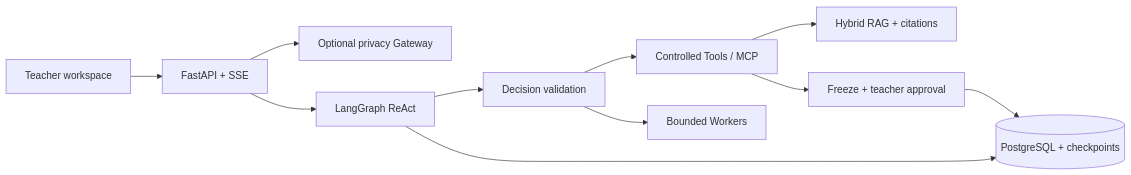
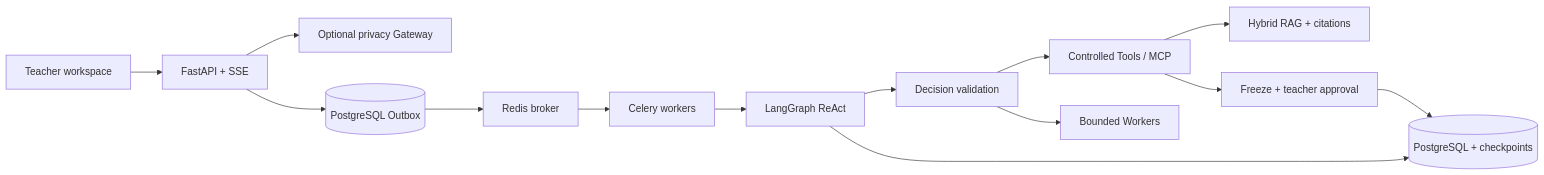
The diagram in README.md (MengC-OvO/easy-teaching), drawn with Mermaid before and after one commit. The commit also changed other lines of this file and 93 other files, not shown here.

````diff
--- a/README.md
+++ b/README.md
@@ -21,13 +21,16 @@
 ```mermaid
 flowchart LR
     Browser[Teacher workspace] --> API[FastAPI + SSE]
     API --> Gateway[Optional privacy Gateway]
-    API --> Graph[LangGraph ReAct]
+    API --> Outbox[(PostgreSQL Outbox)]
+    Outbox --> Redis[Redis broker]
+    Redis --> Worker[Celery workers]
+    Worker --> Graph[LangGraph ReAct]
     Graph --> Validate[Decision validation]
     Validate --> Tools[Controlled Tools / MCP]
     Validate --> Workers[Bounded Workers]
     Tools --> RAG[Hybrid RAG + citations]
     Tools --> Approval[Freeze + teacher approval]
     Graph --> DB[(PostgreSQL + checkpoints)]
     Approval --> DB
 ```
````
